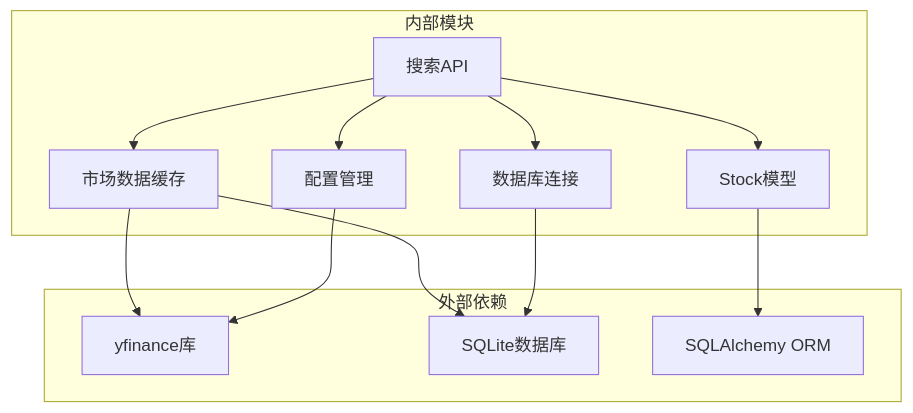
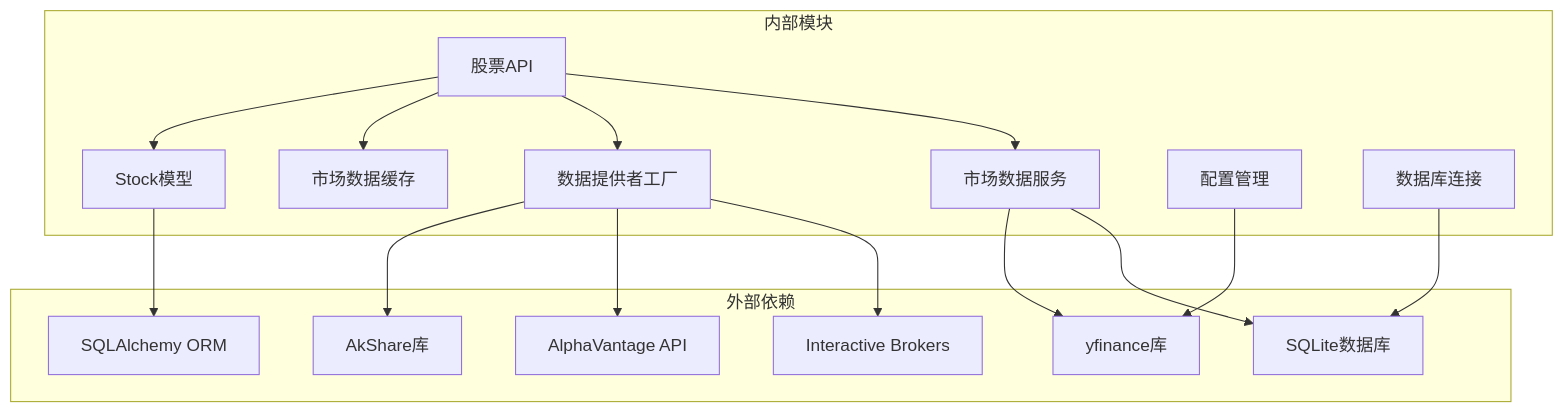
Before and after one commit to breeze-lyf/ai-stock-advisor: the eighth of 8 diagrams in .qoder/repowiki/zh/content/投资组合管理/股票搜索功能.md, drawn with Mermaid. The commit also changed other lines of this file and 52 other files, not shown here.

Commit message:
Remove Alpha Vantage provider, enhance Akshare with retry and forced proxy for reliable market data, and introduce user notification settings with corresponding database migrations and frontend updates.

````diff
--- a/.qoder/repowiki/zh/content/投资组合管理/股票搜索功能.md
+++ b/.qoder/repowiki/zh/content/投资组合管理/股票搜索功能.md
@@ -337,24 +424,32 @@
 ```mermaid
 graph TB
 subgraph "外部依赖"
 YF[yfinance库]
+AkShare[AkShare库]
+AlphaVantage[AlphaVantage API]
+IBKR[Interactive Brokers]
 SQLite[SQLite数据库]
 SQLAlchemy[SQLAlchemy ORM]
 end
 subgraph "内部模块"
-PortfolioAPI[搜索API]
+StockAPI[股票API]
 StockModel[Stock模型]
 MarketCache[市场数据缓存]
+ProviderFactory[数据提供者工厂]
+MarketService[市场数据服务]
 Config[配置管理]
 Database[数据库连接]
 end
-PortfolioAPI --> StockModel
-PortfolioAPI --> MarketCache
-PortfolioAPI --> Database
-PortfolioAPI --> Config
-MarketCache --> YF
-MarketCache --> SQLite
+StockAPI --> StockModel
+StockAPI --> MarketCache
+StockAPI --> ProviderFactory
+StockAPI --> MarketService
+ProviderFactory --> AkShare
+ProviderFactory --> AlphaVantage
+ProviderFactory --> IBKR
+MarketService --> YF
+MarketService --> SQLite
 StockModel --> SQLAlchemy
 Database --> SQLite
 Config --> YF
 ```
````
